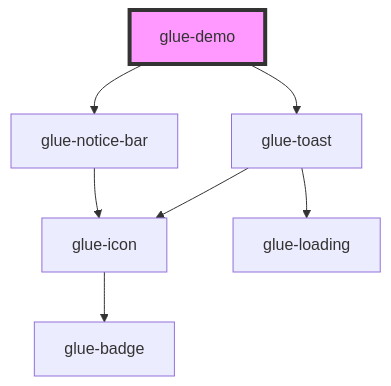
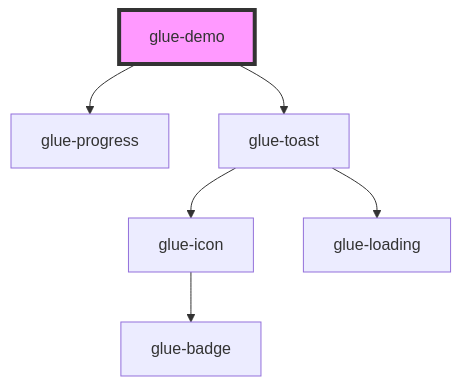
One commit to grasilife/glue changed the diagram in packages/glue-components/src/components/glue-demo/readme.md. Above: the diagram before and after it, drawn with Mermaid. The commit also changed other lines of this file and 11 other files, not shown here.

````diff
--- a/packages/glue-components/src/components/glue-demo/readme.md
+++ b/packages/glue-components/src/components/glue-demo/readme.md
@@ -16,10 +16,9 @@
 ```mermaid
 graph TD;
-  glue-demo --> glue-notice-bar
+  glue-demo --> glue-progress
   glue-demo --> glue-toast
-  glue-notice-bar --> glue-icon
-  glue-icon --> glue-badge
   glue-toast --> glue-icon
   glue-toast --> glue-loading
+  glue-icon --> glue-badge
   style glue-demo fill:#f9f,stroke:#333,stroke-width:4px
 ```
````
